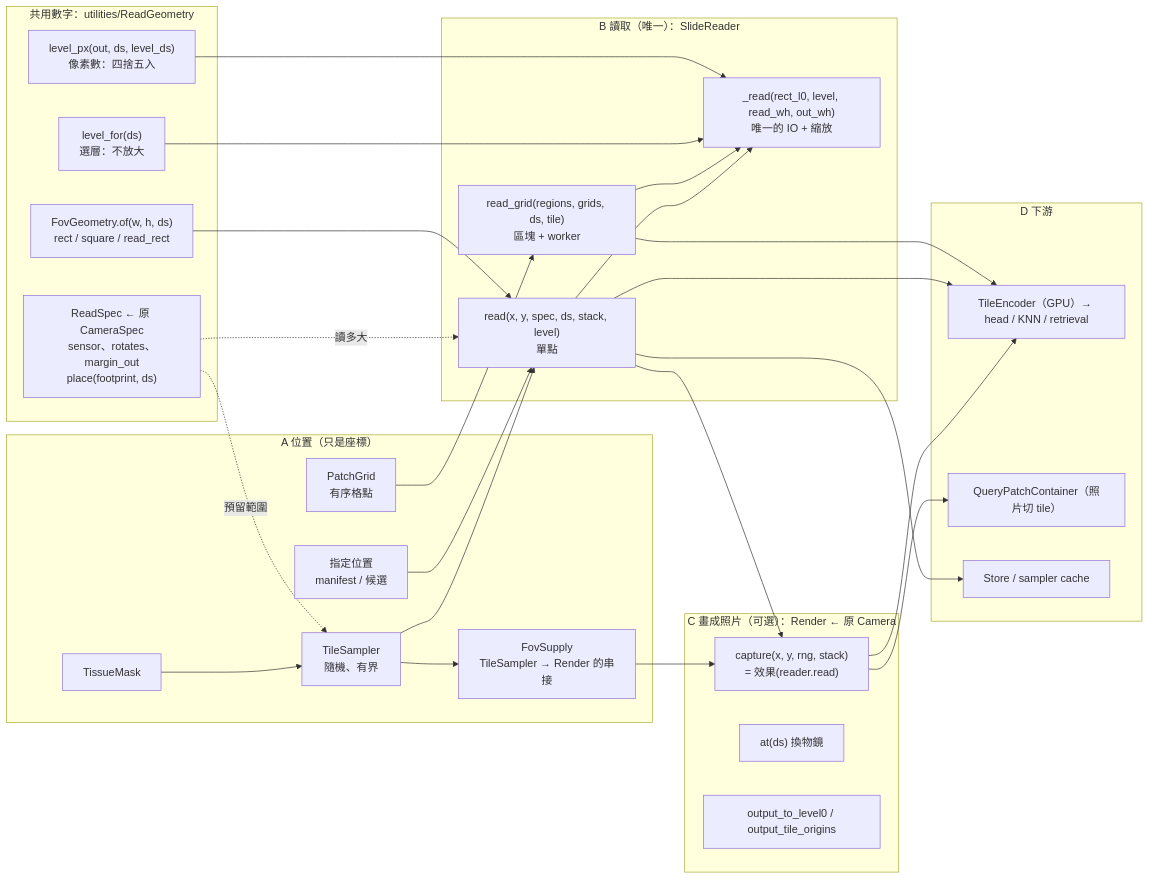
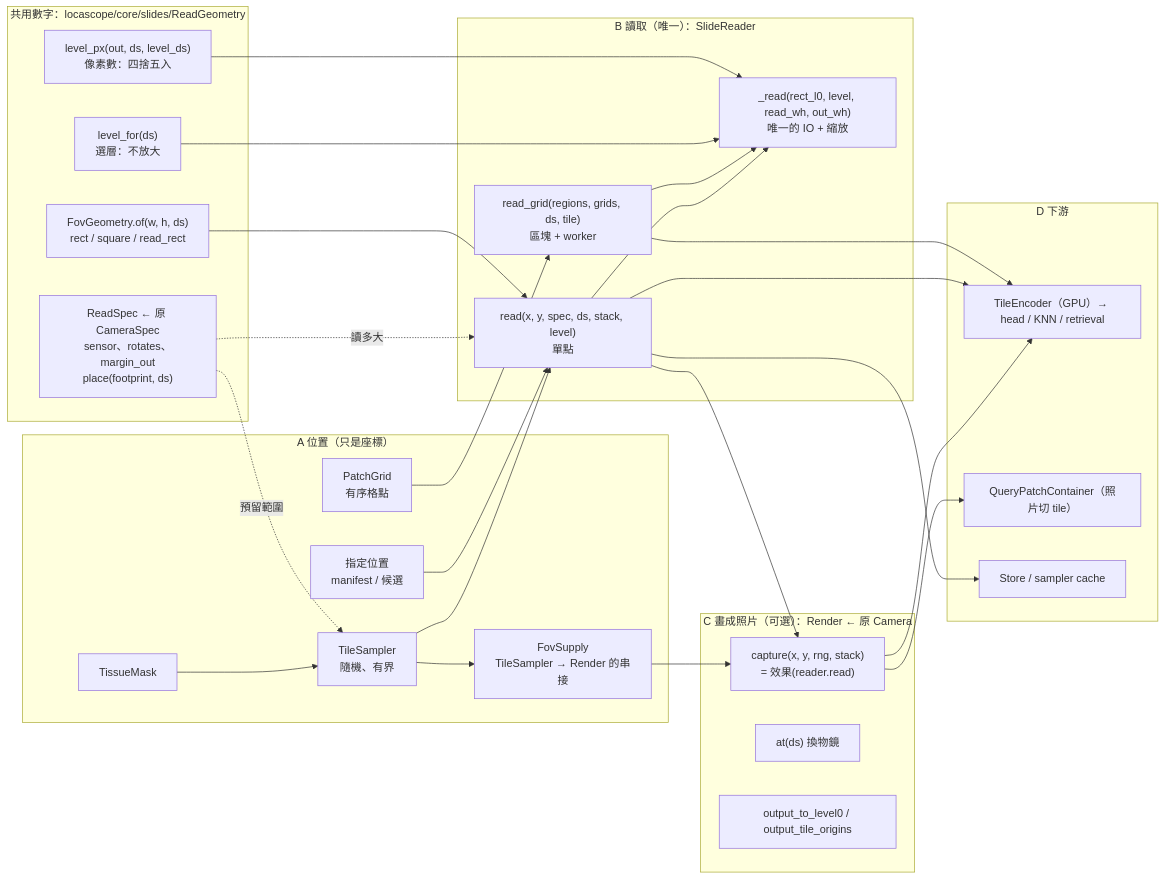
The diagram in ARCHITECTURE.md (Avanti-MH/LocaScope), drawn with Mermaid before and after one commit. The commit also changed other lines of this file and 274 other files, not shown here.

````diff
--- a/ARCHITECTURE.md
+++ b/ARCHITECTURE.md
@@ -44,53 +44,53 @@
 ```mermaid
 flowchart LR
-  subgraph G["共用數字：utilities/ReadGeometry"]
+  subgraph G["共用數字：locascope/core/slides/ReadGeometry"]
     LF["level_for(ds)<br/>選層：不放大"]
     LP["level_px(out, ds, level_ds)<br/>像素數：四捨五入"]
     FG["FovGeometry.of(w, h, ds)<br/>rect / square / read_rect"]
     RS["ReadSpec ← 原 CameraSpec<br/>sensor、rotates、margin_out<br/>place(footprint, ds)"]
   end
 
   subgraph A["A 位置（只是座標）"]
     TM["TissueMask"] --> TS["TileSampler<br/>隨機、有界"]
     FS["FovSupply<br/>TileSampler → Render 的串接"]
     PG["PatchGrid<br/>有序格點"]
     GV["指定位置<br/>manifest / 候選"]
   end
 
   subgraph B["B 讀取（唯一）：SlideReader"]
     RD["read(x, y, spec, ds, stack, level)<br/>單點"]
     RG["read_grid(regions, grids, ds, tile)<br/>區塊 + worker"]
     PR["_read(rect_l0, level, read_wh, out_wh)<br/>唯一的 IO + 縮放"]
     RD --> PR
     RG --> PR
   end
 
   subgraph C["C 畫成照片（可選）：Render ← 原 Camera"]
     CP["capture(x, y, rng, stack)<br/>= 效果(reader.read)"]
     AT["at(ds) 換物鏡"]
     GT["output_to_level0 / output_tile_origins"]
   end
 
   subgraph D["D 下游"]
     EN["TileEncoder（GPU）→ head / KNN / retrieval"]
     QP["QueryPatchContainer（照片切 tile）"]
     ST["Store / sampler cache"]
   end
 
   RS -. 預留範圍 .-> TS
   RS -. 讀多大 .-> RD
   LF --> PR
   LP --> PR
   FG --> RD
   TS --> RD
   TS --> FS
   FS --> CP
   GV --> RD
   PG --> RG
   RD --> CP
   CP --> EN
   CP --> QP
   RD --> EN
   RD --> ST
   RG --> EN
 ```
````
